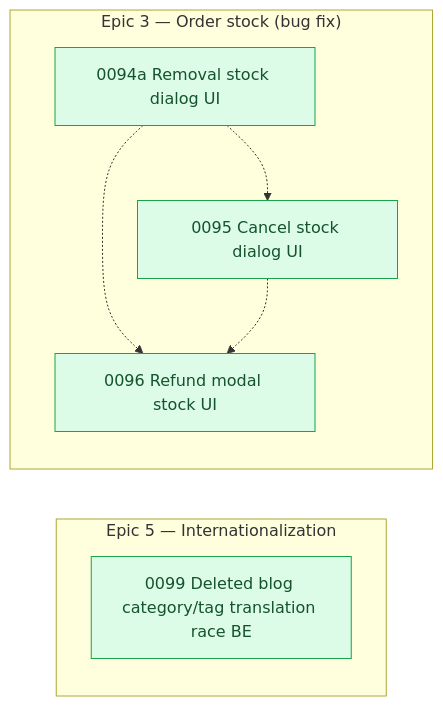
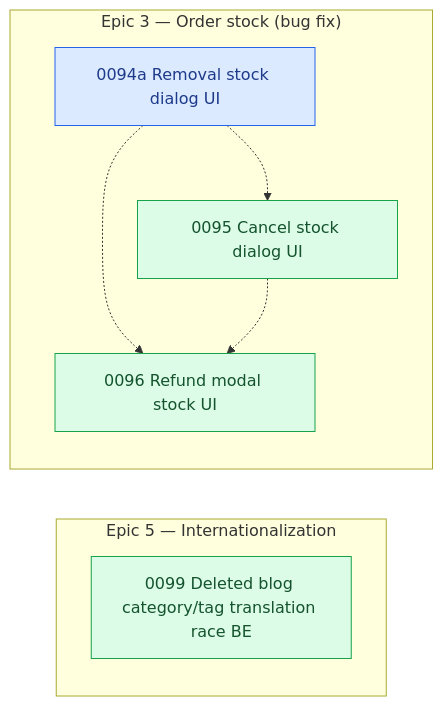
The diagram in arospe/ai-spec/tasks-map.md (shojen/AI4Devs-finalproject), drawn with Mermaid before and after one commit. The commit also changed other lines of this file and 9 other files, not shown here.

```diff
--- a/arospe/ai-spec/tasks-map.md
+++ b/arospe/ai-spec/tasks-map.md
@@ -651,7 +653,8 @@
     P0094a -.-> P0095
     P0094a -.-> P0096
     P0095 -.-> P0096
-    class P0094a,P0095,P0096 ready;
+    class P0095,P0096 ready;
+    class P0094a claimed;
 
     %% Standalone (no PRD epic)
     %% (P0082's own node dropped: 0082 closed to done/ this pass, per the update at the top of this file.)
```
